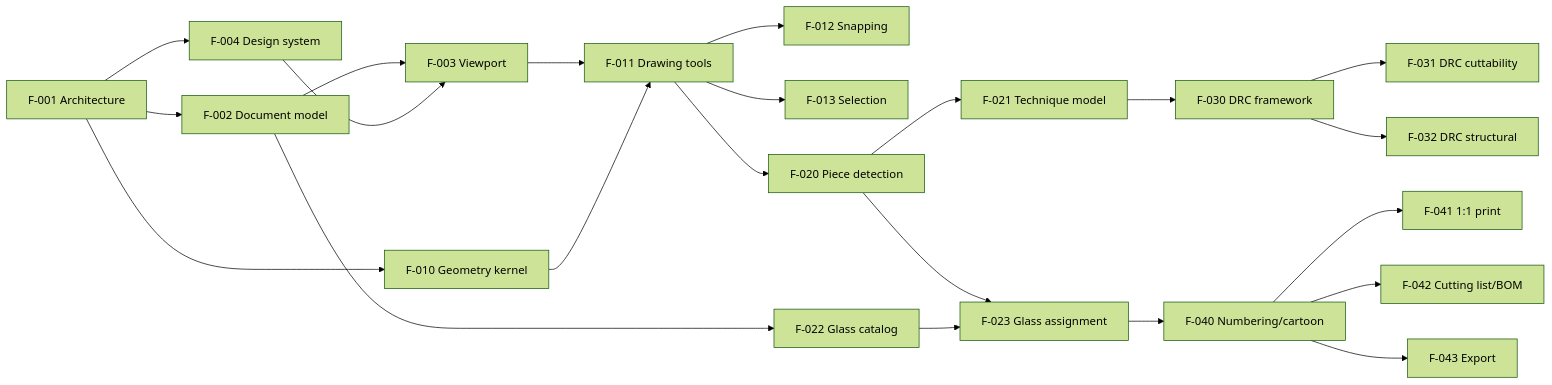
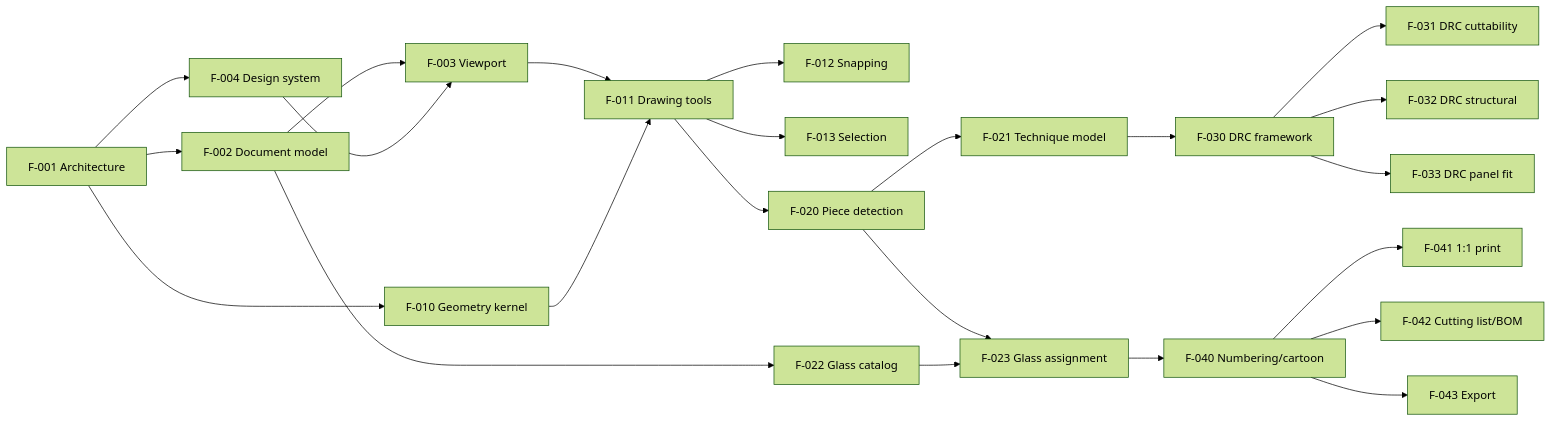
The diagram in ROADMAP.md (mwernsen/vitrum), drawn with Mermaid (forest theme) before and after one commit. The commit also changed other lines of this file and 12 other files, not shown here.

````diff
--- a/ROADMAP.md
+++ b/ROADMAP.md
@@ -138,24 +139,25 @@
 ```mermaid
 graph LR
   F001[F-001 Architecture] --> F002[F-002 Document model]
   F001 --> F010[F-010 Geometry kernel]
   F001 --> F004[F-004 Design system]
   F002 --> F003[F-003 Viewport]
   F004 --> F003
   F003 --> F011[F-011 Drawing tools]
   F010 --> F011
   F011 --> F012[F-012 Snapping]
   F011 --> F013[F-013 Selection]
   F011 --> F020[F-020 Piece detection]
   F020 --> F021[F-021 Technique model]
   F002 --> F022[F-022 Glass catalog]
   F020 --> F023[F-023 Glass assignment]
   F022 --> F023
   F021 --> F030[F-030 DRC framework]
   F030 --> F031[F-031 DRC cuttability]
   F030 --> F032[F-032 DRC structural]
+  F030 --> F033[F-033 DRC panel fit]
   F023 --> F040[F-040 Numbering/cartoon]
   F040 --> F041[F-041 1:1 print]
   F040 --> F042[F-042 Cutting list/BOM]
   F040 --> F043[F-043 Export]
 ```
````
